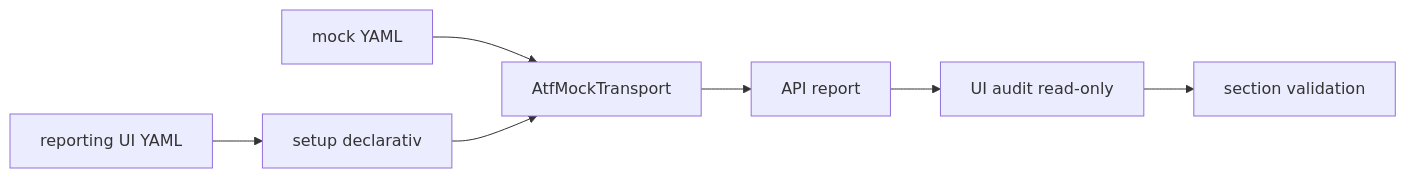
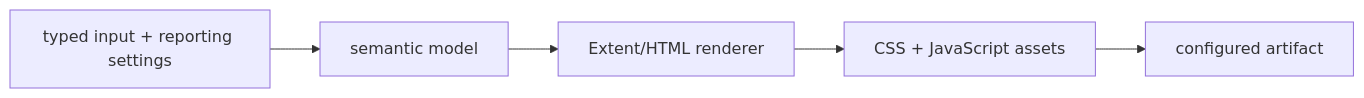
Before and after one commit to crististefanita/demo2: the third of 3 diagrams in atf-reporting/README.md, drawn with Mermaid. The commit also changed other lines of this file and 894 other files, not shown here.

Commit message:
Sync master with latest Java ATF project

````diff
--- a/atf-reporting/README.md
+++ b/atf-reporting/README.md
@@ -296,9 +427,7 @@
 ```mermaid
 flowchart LR
-    UiYaml[reporting UI YAML] --> Setup[setup declarativ]
-    MockYaml[mock YAML] --> Mock[AtfMockTransport]
-    Setup --> Mock
-    Mock --> ApiReport[API report]
-    ApiReport --> UiAudit[UI audit read-only]
-    UiAudit --> Validation[section validation]
+    Input[typed input + reporting settings] --> Model[semantic model]
+    Model --> Render[Extent/HTML renderer]
+    Render --> Assets[CSS + JavaScript assets]
+    Assets --> Output[configured artifact]
 ```
````
